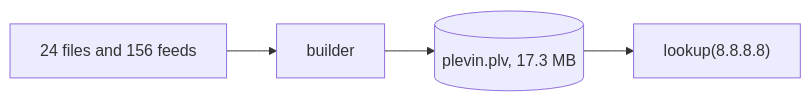
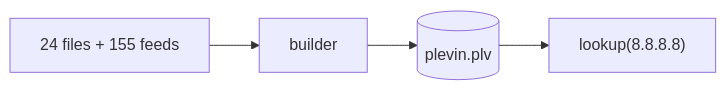
The first of 5 diagrams in builder/README.md (tn3w/plevin), drawn with Mermaid before and after one commit. The commit also changed other lines of this file and 45 other files, not shown here.

````diff
--- a/builder/README.md
+++ b/builder/README.md
@@ -25,6 +21,4 @@
 ```mermaid
 flowchart LR
-    S["24 files and 156 feeds"] --> B[builder]
-    B --> D[("plevin.plv, 17.3 MB")]
-    D --> Q["lookup(8.8.8.8)"]
+    S["24 files + 155 feeds"] --> B[builder] --> D[("plevin.plv")] --> Q["lookup(8.8.8.8)"]
 ```
````
